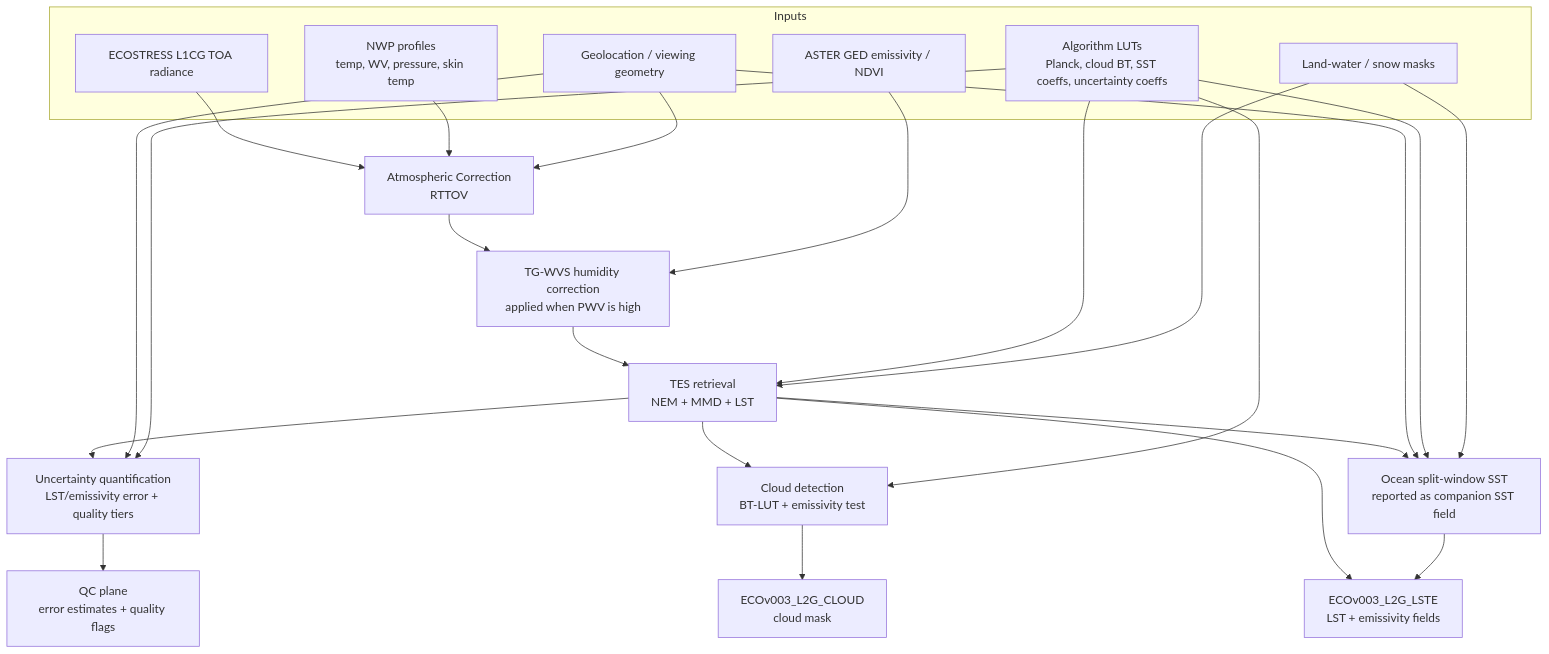
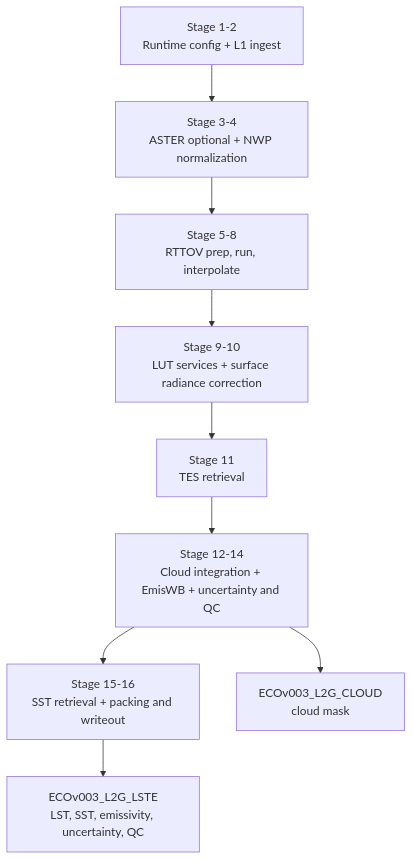
Before and after one commit to gregory-halverson/ECOv003-L2-LSTE: the first of 4 diagrams in README.md, drawn with Mermaid. The commit also changed other lines of this file, not shown here.

Commit message:
refining algorithm description

````diff
--- a/README.md
+++ b/README.md
@@ -110,41 +110,11 @@
 ```mermaid
 flowchart TD
-	subgraph Inputs
-		L1CG[ECOSTRESS L1CG TOA radiance]
-		NWP[NWP profiles<br/>temp, WV, pressure, skin temp]
-		ASTER[ASTER GED emissivity / NDVI]
-		LUTs[Algorithm LUTs<br/>Planck, cloud BT, SST coeffs, uncertainty coeffs]
-		GEO[Geolocation / viewing geometry]
-		MASK[Land-water / snow masks]
-	end
-
-	L1CG --> AC
-	NWP --> AC
-	GEO --> AC
-	AC[Atmospheric Correction<br/>RTTOV] --> WVS
-	ASTER --> WVS
-	WVS[TG-WVS humidity correction<br/>applied when PWV is high] --> TES
-
-	TES[TES retrieval<br/>NEM + MMD + LST] --> LSTE
-	LUTs --> TES
-	MASK --> TES
-
-	TES --> CLOUD
-	LUTs --> CLOUD
-	CLOUD[Cloud detection<br/>BT-LUT + emissivity test] --> CLOUD_OUT
-
-	TES --> SST
-	GEO --> SST
-	LUTs --> SST
-	MASK --> SST
-	SST[Ocean split-window SST<br/>reported as companion SST field] --> LSTE
-
-	TES --> UQ
-	GEO --> UQ
-	LUTs --> UQ
-	UQ[Uncertainty quantification<br/>LST/emissivity error + quality tiers] --> QC
-
-	LSTE[ECOv003_L2G_LSTE<br/>LST + emissivity fields]
-	CLOUD_OUT[ECOv003_L2G_CLOUD<br/>cloud mask]
-	QC[QC plane<br/>error estimates + quality flags]
+	A[Stage 1-2<br/>Runtime config + L1 ingest] --> B[Stage 3-4<br/>ASTER optional + NWP normalization]
+	B --> C[Stage 5-8<br/>RTTOV prep, run, interpolate]
+	C --> D[Stage 9-10<br/>LUT services + surface radiance correction]
+	D --> E[Stage 11<br/>TES retrieval]
+	E --> F[Stage 12-14<br/>Cloud integration + EmisWB + uncertainty and QC]
+	F --> G[Stage 15-16<br/>SST retrieval + packing and writeout]
+	G --> LSTE[ECOv003_L2G_LSTE<br/>LST, SST, emissivity, uncertainty, QC]
+	F --> CLOUD_OUT[ECOv003_L2G_CLOUD<br/>cloud mask]
 ```
````
